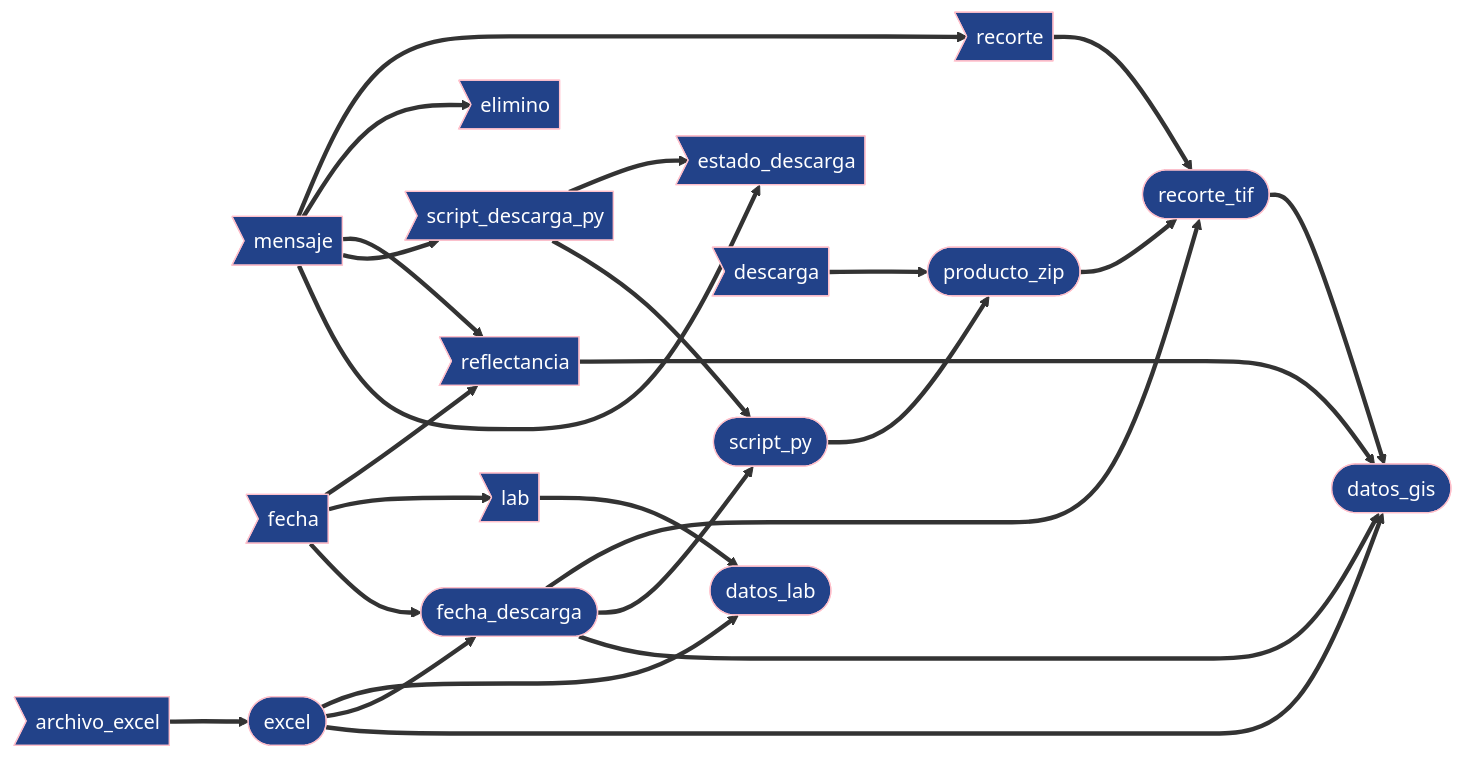
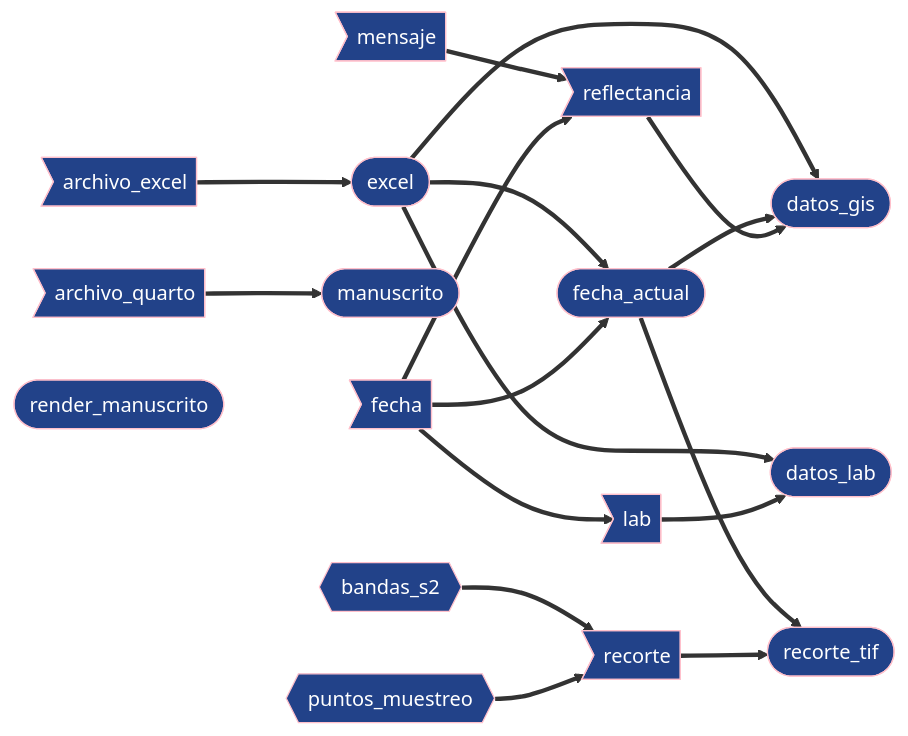
The diagram in extras/mermaid.mmd (vhgauto/seminario2-gulich), drawn with Mermaid before and after one commit.

Commit message:
actualizo mermaid de targets

```diff
--- a/extras/mermaid.mmd
+++ b/extras/mermaid.mmd
@@ -1,27 +1,20 @@
 graph LR
-  x3d474db92cf09724>"mensaje"] ==> xc5ec810879cc40ee>"recorte"]
-    x3d474db92cf09724>"mensaje"] ==> x32cb0d977e75588d>"elimino"]
-    x3d474db92cf09724>"mensaje"] ==> x0dc39fa9e42347ba>"reflectancia"]
-    x3d474db92cf09724>"mensaje"] ==> x0e71b645b3e50d0c>"script_descarga_py"]
-    x3d474db92cf09724>"mensaje"] ==> x70dd0adf732b9ac4>"estado_descarga"]
-    xfabd587be49f2fed>"fecha"] ==> x0dc39fa9e42347ba>"reflectancia"]
-    xfabd587be49f2fed>"fecha"] ==> x38637a02f9b83fc8>"lab"]
-    x0e71b645b3e50d0c>"script_descarga_py"] ==> x70dd0adf732b9ac4>"estado_descarga"]
-    x2eb57580dd338e28(["excel"]) ==> x1a91c1978c7a143b(["datos_lab"])
-    x38637a02f9b83fc8>"lab"] ==> x1a91c1978c7a143b(["datos_lab"])
-    x3975d57dc4a04f5c>"descarga"] ==> x0a08cea06a6d211f(["producto_zip"])
-    xe56f95f4237d1e66(["script_py"]) ==> x0a08cea06a6d211f(["producto_zip"])
-    xd2e55a6b497fb062(["fecha_descarga"]) ==> x4b150ba8dbe4203d(["recorte_tif"])
-    x0a08cea06a6d211f(["producto_zip"]) ==> x4b150ba8dbe4203d(["recorte_tif"])
-    xc5ec810879cc40ee>"recorte"] ==> x4b150ba8dbe4203d(["recorte_tif"])
-    x29bd13377b9e6171>"archivo_excel"] ==> x2eb57580dd338e28(["excel"])
-    x2eb57580dd338e28(["excel"]) ==> xd2e55a6b497fb062(["fecha_descarga"])
-    xfabd587be49f2fed>"fecha"] ==> xd2e55a6b497fb062(["fecha_descarga"])
-    xd2e55a6b497fb062(["fecha_descarga"]) ==> xe56f95f4237d1e66(["script_py"])
-    x0e71b645b3e50d0c>"script_descarga_py"] ==> xe56f95f4237d1e66(["script_py"])
-    x2eb57580dd338e28(["excel"]) ==> x75ae8feee719d1e2(["datos_gis"])
-    xd2e55a6b497fb062(["fecha_descarga"]) ==> x75ae8feee719d1e2(["datos_gis"])
-    x4b150ba8dbe4203d(["recorte_tif"]) ==> x75ae8feee719d1e2(["datos_gis"])
-    x0dc39fa9e42347ba>"reflectancia"] ==> x75ae8feee719d1e2(["datos_gis"])
-
+  x2eb57580dd338e28(["excel"]) ==> x75ae8feee719d1e2(["datos_gis"])
+  x27cf98eb0536b3cc(["fecha_actual"]) ==> x75ae8feee719d1e2(["datos_gis"])
+  x0dc39fa9e42347ba>"reflectancia"] ==> x75ae8feee719d1e2(["datos_gis"])
+  x2eb57580dd338e28(["excel"]) ==> x1a91c1978c7a143b(["datos_lab"])
+  x38637a02f9b83fc8>"lab"] ==> x1a91c1978c7a143b(["datos_lab"])
+  x29bd13377b9e6171>"archivo_excel"] ==> x2eb57580dd338e28(["excel"])
+  x2eb57580dd338e28(["excel"]) ==> x27cf98eb0536b3cc(["fecha_actual"])
+  xfabd587be49f2fed>"fecha"] ==> x27cf98eb0536b3cc(["fecha_actual"])
+  xfabd587be49f2fed>"fecha"] ==> x38637a02f9b83fc8>"lab"]
+  xc36834a08989fd92>"archivo_quarto"] ==> x0cceab94dc3cb992(["manuscrito"])
+  xc856c5bfddbb40a5{{"bandas_s2"}} ==> xc5ec810879cc40ee>"recorte"]
+  x9505d3eeeff3a790{{"puntos_muestreo"}} ==> xc5ec810879cc40ee>"recorte"]
+  x27cf98eb0536b3cc(["fecha_actual"]) ==> x4b150ba8dbe4203d(["recorte_tif"])
+  xc5ec810879cc40ee>"recorte"] ==> x4b150ba8dbe4203d(["recorte_tif"])
+  x3d474db92cf09724>"mensaje"] ==> x0dc39fa9e42347ba>"reflectancia"]
+  xfabd587be49f2fed>"fecha"] ==> x0dc39fa9e42347ba>"reflectancia"]
+  xcac90a77a625823f(["render_manuscrito"])
+  
   classDef default stroke:#FFC0CB,color:#FFFFFF,fill:#224289;
```
